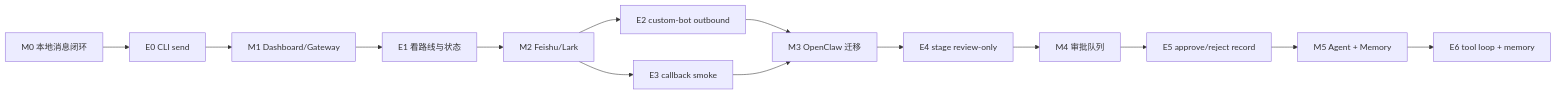
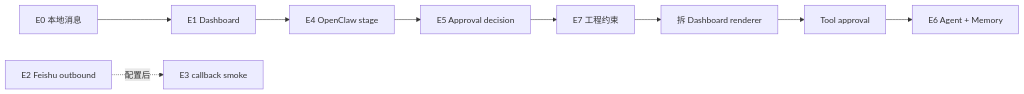
One commit to mayf3/myclaw changed the first of 9 diagrams in docs/implementation-architecture.md. Above: the diagram before and after it, drawn with Mermaid. The commit also changed other lines of this file and 37 other files, not shown here.

````diff
--- a/docs/implementation-architecture.md
+++ b/docs/implementation-architecture.md
@@ -21,16 +21,11 @@
 ```mermaid
 flowchart LR
-  M0[M0 本地消息闭环] --> E0[E0 CLI send]
-  E0 --> M1[M1 Dashboard/Gateway]
-  M1 --> E1[E1 看路线与状态]
-  E1 --> M2[M2 Feishu/Lark]
-  M2 --> E2[E2 custom-bot outbound]
-  M2 --> E3[E3 callback smoke]
-  E2 --> M3[M3 OpenClaw 迁移]
-  E3 --> M3
-  M3 --> E4[E4 stage review-only]
-  E4 --> M4[M4 审批队列]
-  M4 --> E5[E5 approve/reject record]
-  E5 --> M5[M5 Agent + Memory]
-  M5 --> E6[E6 tool loop + memory]
+  E0[E0 本地消息] --> E1[E1 Dashboard]
+  E1 --> E4[E4 OpenClaw stage]
+  E4 --> E5[E5 Approval decision]
+  E5 --> E7[E7 工程约束]
+  E7 --> Next1[拆 Dashboard renderer]
+  Next1 --> Next2[Tool approval]
+  Next2 --> E6[E6 Agent + Memory]
+  E2[E2 Feishu outbound] -.配置后.-> E3[E3 callback smoke]
 ```
````
